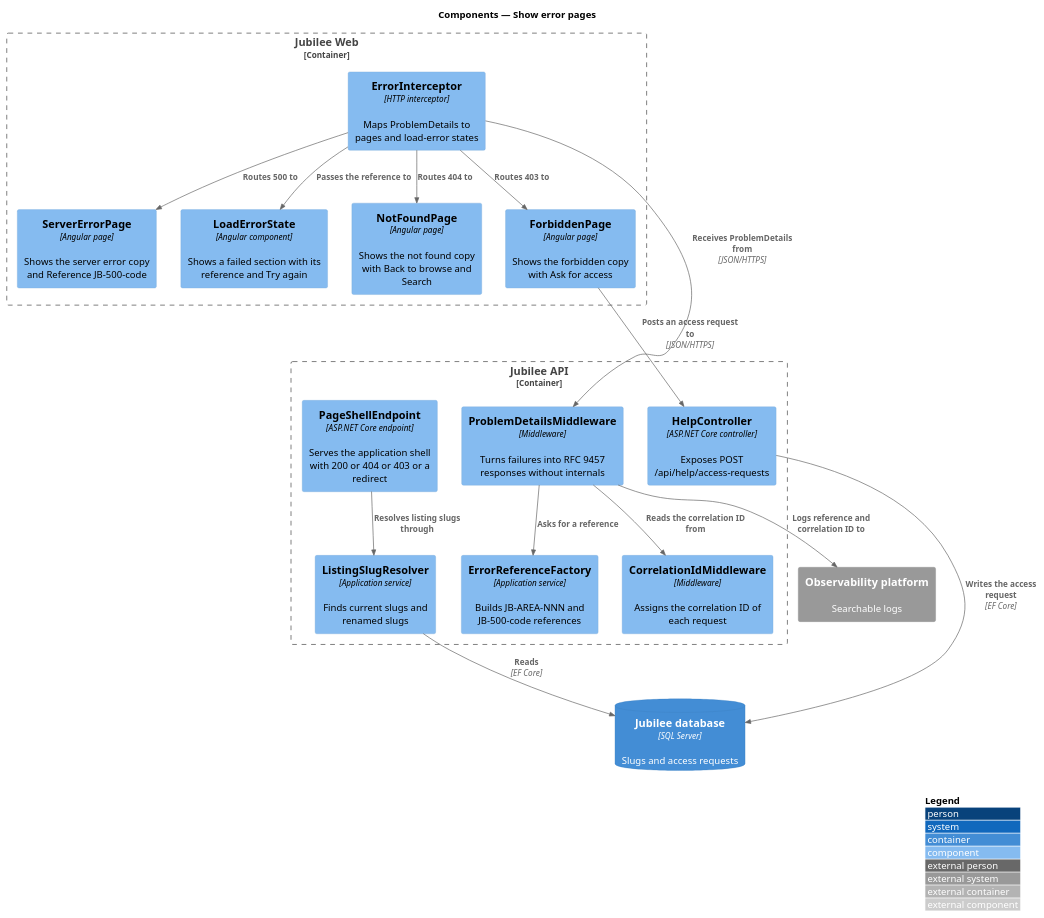
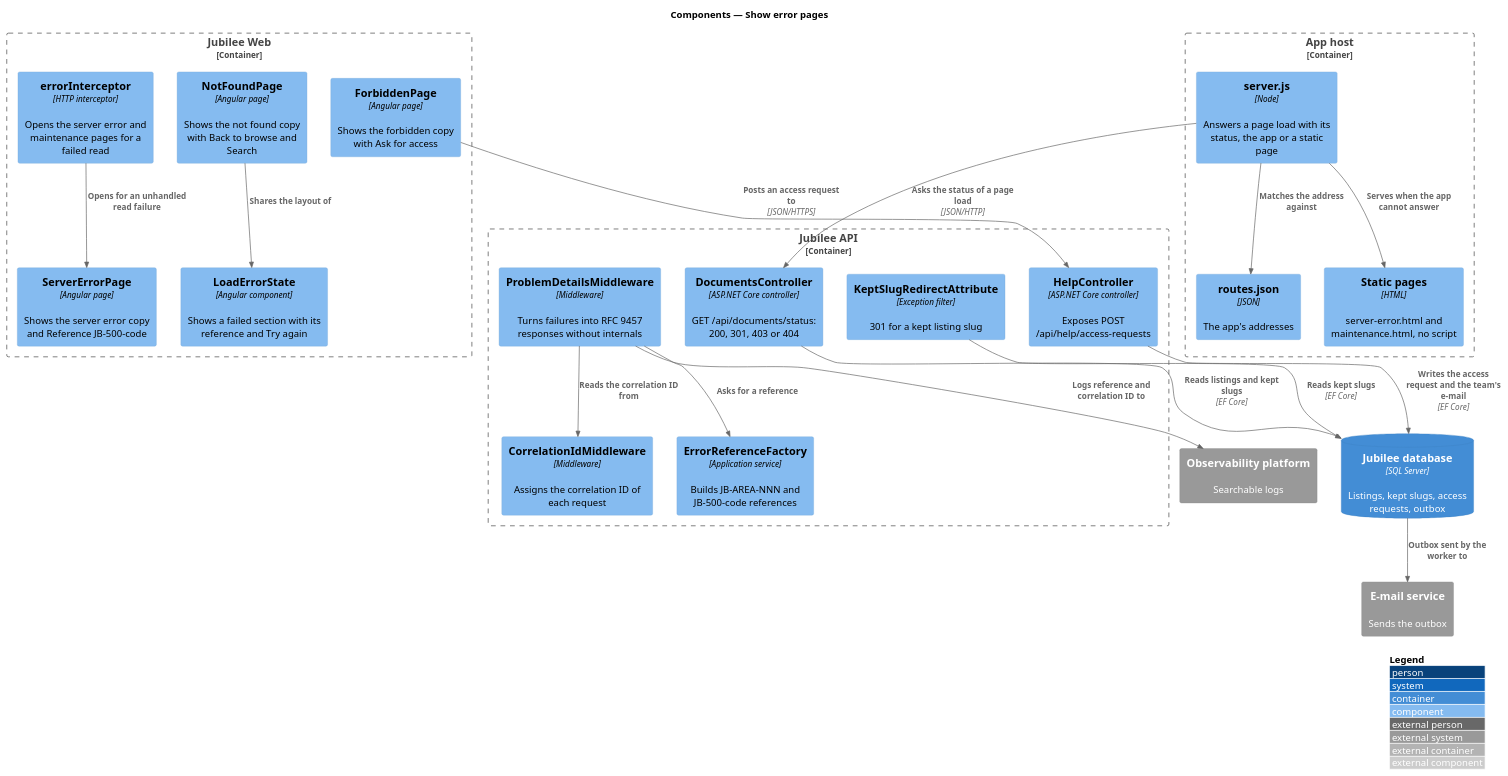
One commit to QuinntyneBrown/jubilee changed the diagram in docs/detailed-designs/system-pages/show-error-pages/diagrams/c4-component.puml. Above: the diagram before and after it, drawn with PlantUML. The commit also changed 23 other files, not shown here.

First line of the commit message:
Requirements, designs and ADR 0056 for finishing journey 23: kept slugs and their 301, page-load statuses from the app's host, static error and maintenance pages, and the team's e-mail of an access request

```diff
--- a/docs/detailed-designs/system-pages/show-error-pages/diagrams/c4-component.puml
+++ b/docs/detailed-designs/system-pages/show-error-pages/diagrams/c4-component.puml
@@ -1,35 +1,42 @@
 @startuml
 !include <C4/C4_Component>
 LAYOUT_WITH_LEGEND()
 title Components — Show error pages
 Container_Boundary(web, "Jubilee Web") {
   Component(nf, "NotFoundPage", "Angular page", "Shows the not found copy with Back to browse and Search")
   Component(fb, "ForbiddenPage", "Angular page", "Shows the forbidden copy with Ask for access")
   Component(se, "ServerErrorPage", "Angular page", "Shows the server error copy and Reference JB-500-code")
   Component(les, "LoadErrorState", "Angular component", "Shows a failed section with its reference and Try again")
-  Component(interceptor, "ErrorInterceptor", "HTTP interceptor", "Maps ProblemDetails to pages and load-error states")
+  Component(interceptor, "errorInterceptor", "HTTP interceptor", "Opens the server error and maintenance pages for a failed read")
+}
+Container_Boundary(hostb, "App host") {
+  Component(host, "server.js", "Node", "Answers a page load with its status, the app or a static page")
+  Component(manifest, "routes.json", "JSON", "The app's addresses")
+  Component(statics, "Static pages", "HTML", "server-error.html and maintenance.html, no script")
 }
 Container_Boundary(api, "Jubilee API") {
-  Component(shell, "PageShellEndpoint", "ASP.NET Core endpoint", "Serves the application shell with 200 or 404 or 403 or a redirect")
-  Component(slug, "ListingSlugResolver", "Application service", "Finds current slugs and renamed slugs")
+  Component(docs, "DocumentsController", "ASP.NET Core controller", "GET /api/documents/status: 200, 301, 403 or 404")
+  Component(kept, "KeptSlugRedirectAttribute", "Exception filter", "301 for a kept listing slug")
   Component(corr, "CorrelationIdMiddleware", "Middleware", "Assigns the correlation ID of each request")
   Component(pd, "ProblemDetailsMiddleware", "Middleware", "Turns failures into RFC 9457 responses without internals")
   Component(ref, "ErrorReferenceFactory", "Application service", "Builds JB-AREA-NNN and JB-500-code references")
   Component(help, "HelpController", "ASP.NET Core controller", "Exposes POST /api/help/access-requests")
 }
-ContainerDb(db, "Jubilee database", "SQL Server", "Slugs and access requests")
+ContainerDb(db, "Jubilee database", "SQL Server", "Listings, kept slugs, access requests, outbox")
 System_Ext(observability, "Observability platform", "Searchable logs")
+System_Ext(email, "E-mail service", "Sends the outbox")
 
-Rel(interceptor, nf, "Routes 404 to")
-Rel(interceptor, fb, "Routes 403 to")
-Rel(interceptor, se, "Routes 500 to")
-Rel(interceptor, les, "Passes the reference to")
+Rel(host, manifest, "Matches the address against")
+Rel(host, docs, "Asks the status of a page load", "JSON/HTTP")
+Rel(host, statics, "Serves when the app cannot answer")
+Rel(interceptor, se, "Opens for an unhandled read failure")
 Rel(fb, help, "Posts an access request to", "JSON/HTTPS")
-Rel(interceptor, pd, "Receives ProblemDetails from", "JSON/HTTPS")
-Rel(shell, slug, "Resolves listing slugs through")
-Rel(slug, db, "Reads", "EF Core")
+Rel(nf, les, "Shares the layout of")
+Rel(docs, db, "Reads listings and kept slugs", "EF Core")
+Rel(kept, db, "Reads kept slugs", "EF Core")
 Rel(pd, ref, "Asks for a reference")
 Rel(pd, corr, "Reads the correlation ID from")
 Rel(pd, observability, "Logs reference and correlation ID to")
-Rel(help, db, "Writes the access request", "EF Core")
+Rel(help, db, "Writes the access request and the team's e-mail", "EF Core")
+Rel(db, email, "Outbox sent by the worker to")
 @enduml
```
